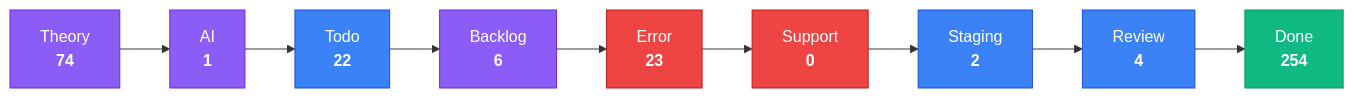
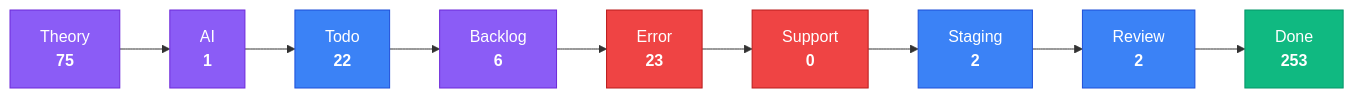
Before and after one commit to KBVE/kbve: the third of 4 diagrams in apps/kbve/astro-kbve/src/content/docs/dashboard/kanban-data.mdx, drawn with Mermaid. The commit also changed other lines of this file and 2 other files, not shown here.

````diff
--- a/apps/kbve/astro-kbve/src/content/docs/dashboard/kanban-data.mdx
+++ b/apps/kbve/astro-kbve/src/content/docs/dashboard/kanban-data.mdx
@@ -215,28 +215,28 @@
 ```mermaid
 flowchart LR
     classDef planning fill:#8b5cf6,stroke:#6d28d9,color:#fff
     classDef active fill:#3b82f6,stroke:#1d4ed8,color:#fff
     classDef blocked fill:#ef4444,stroke:#b91c1c,color:#fff
     classDef done fill:#10b981,stroke:#059669,color:#fff
-    Theory["Theory<br/><strong>74</strong>"]
+    Theory["Theory<br/><strong>75</strong>"]
     Theory --> AI
     AI["AI<br/><strong>1</strong>"]
     AI --> Todo
     Todo["Todo<br/><strong>22</strong>"]
     Todo --> Backlog
     Backlog["Backlog<br/><strong>6</strong>"]
     Backlog --> Error
     Error["Error<br/><strong>23</strong>"]
     Error --> Support
     Support["Support<br/><strong>0</strong>"]
     Support --> Staging
     Staging["Staging<br/><strong>2</strong>"]
     Staging --> Review
-    Review["Review<br/><strong>4</strong>"]
+    Review["Review<br/><strong>2</strong>"]
     Review --> Done
-    Done["Done<br/><strong>254</strong>"]
+    Done["Done<br/><strong>253</strong>"]
     class Theory,AI,Backlog planning
     class Todo,Staging,Review active
     class Error,Support blocked
     class Done done
 ```
````
